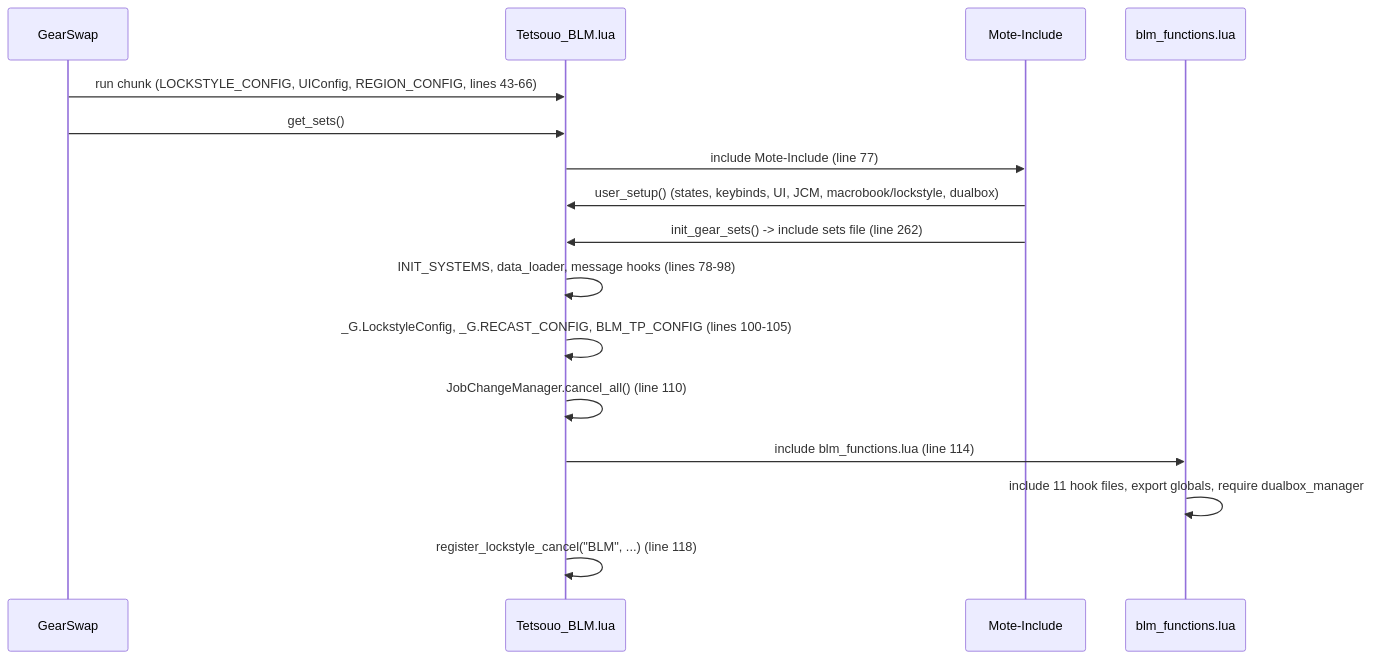
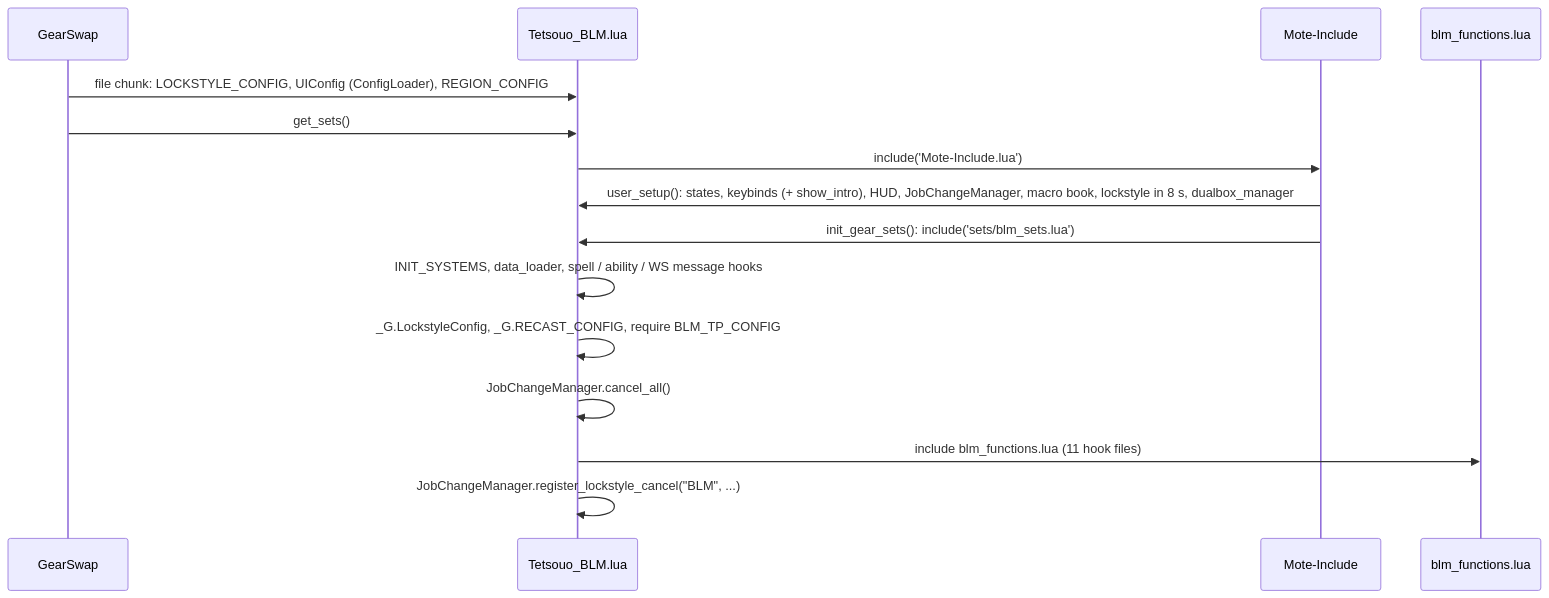
The first of 4 diagrams in docs/dev/jobs/blm.md (ejouanchicot/Gearswap), drawn with Mermaid before and after one commit. The commit also changed other lines of this file and 31 other files, not shown here.

First line of the commit message:
docs(jobs): player hubs for every job, states and dev pages refreshed

````diff
--- a/docs/dev/jobs/blm.md
+++ b/docs/dev/jobs/blm.md
@@ -91,18 +89,17 @@
 ```mermaid
 sequenceDiagram
     participant GS as GearSwap
     participant E as Tetsouo_BLM.lua
     participant M as Mote-Include
     participant F as blm_functions.lua
-    GS->>E: run chunk (LOCKSTYLE_CONFIG, UIConfig, REGION_CONFIG, lines 43-66)
+    GS->>E: file chunk: LOCKSTYLE_CONFIG, UIConfig (ConfigLoader), REGION_CONFIG
     GS->>E: get_sets()
-    E->>M: include Mote-Include (line 77)
-    M->>E: user_setup() (states, keybinds, UI, JCM, macrobook/lockstyle, dualbox)
-    M->>E: init_gear_sets() -> include sets file (line 262)
-    E->>E: INIT_SYSTEMS, data_loader, message hooks (lines 78-98)
-    E->>E: _G.LockstyleConfig, _G.RECAST_CONFIG, BLM_TP_CONFIG (lines 100-105)
-    E->>E: JobChangeManager.cancel_all() (line 110)
-    E->>F: include blm_functions.lua (line 114)
-    F->>F: include 11 hook files, export globals, require dualbox_manager
-    E->>E: register_lockstyle_cancel("BLM", ...) (line 118)
+    E->>M: include('Mote-Include.lua')
+    M->>E: user_setup(): states, keybinds (+ show_intro), HUD, JobChangeManager, macro book, lockstyle in 8 s, dualbox_manager
+    M->>E: init_gear_sets(): include('sets/blm_sets.lua')
+    E->>E: INIT_SYSTEMS, data_loader, spell / ability / WS message hooks
+    E->>E: _G.LockstyleConfig, _G.RECAST_CONFIG, require BLM_TP_CONFIG
+    E->>E: JobChangeManager.cancel_all()
+    E->>F: include blm_functions.lua (11 hook files)
+    E->>E: JobChangeManager.register_lockstyle_cancel("BLM", ...)
 ```
````
